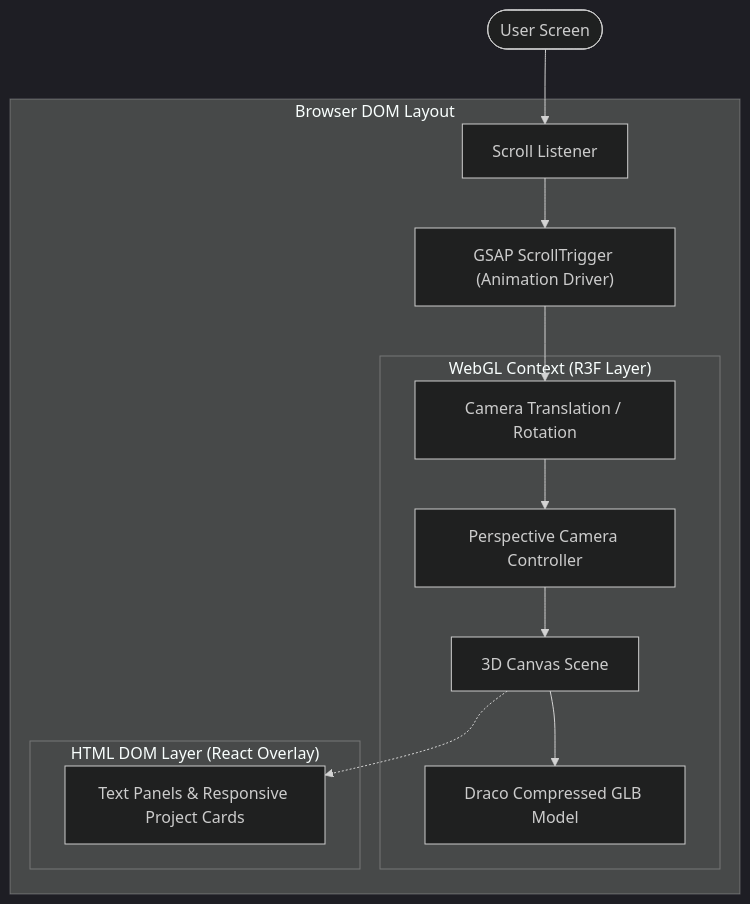
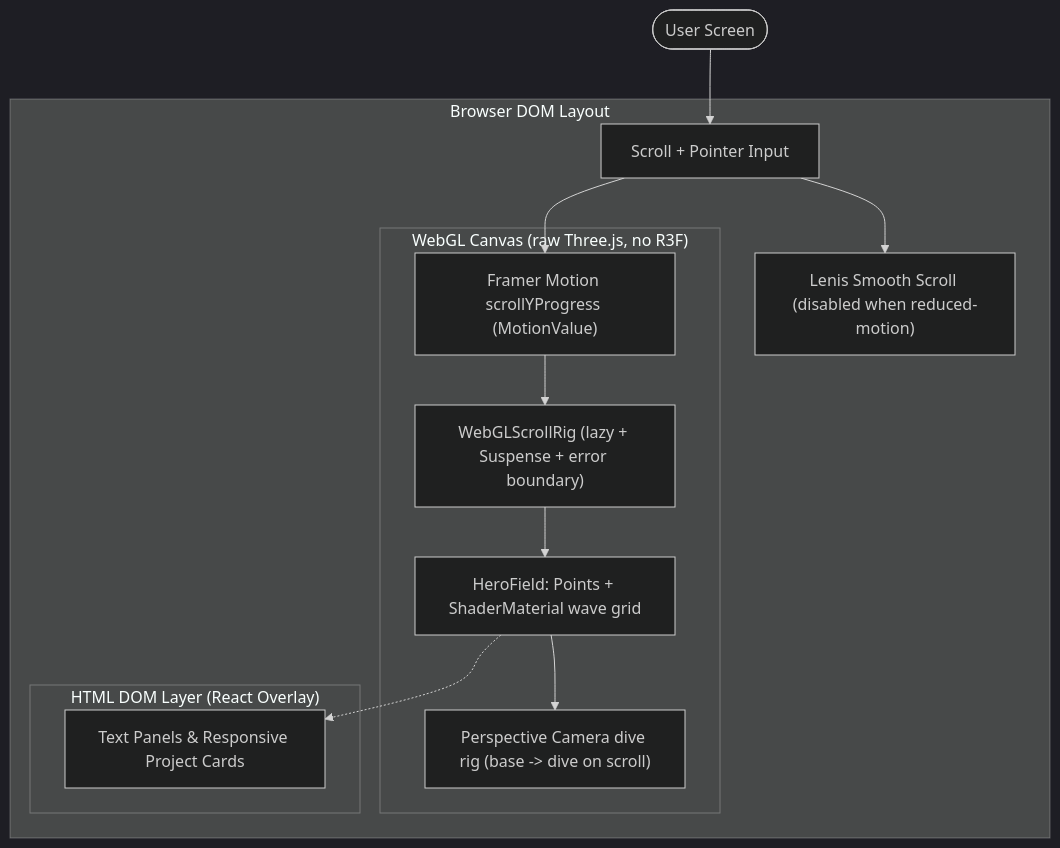
One commit to vijaybarhate/portfolio changed the diagram in README.md. Above: the diagram before and after it, drawn with Mermaid (dark theme). The commit also changed other lines of this file, not shown here.

Commit message:
docs: sync README with source of truth (package.json, HeroField, deploy workflow)

````diff
--- a/README.md
+++ b/README.md
@@ -43,19 +47,19 @@
 ```mermaid
 graph TD
-    User([User Screen]) --> Scroll[Scroll Listener]
-    
+    User([User Screen]) --> Scroll[Scroll + Pointer Input]
+
     subgraph dom["Browser DOM Layout"]
-        Scroll --> GSAP["GSAP ScrollTrigger (Animation Driver)"]
-        GSAP --> CanvasTransform["Camera Translation / Rotation"]
-        
-        subgraph webgl["WebGL Context (R3F Layer)"]
-            CanvasTransform --> Camera["Perspective Camera Controller"]
-            Camera --> Scene["3D Canvas Scene"]
-            Scene --> Avatar["Draco Compressed GLB Model"]
+        Scroll --> Lenis["Lenis Smooth Scroll (disabled when reduced-motion)"]
+        Scroll --> FM["Framer Motion scrollYProgress (MotionValue)"]
+
+        subgraph webgl["WebGL Canvas (raw Three.js, no R3F)"]
+            FM --> Rig["WebGLScrollRig (lazy + Suspense + error boundary)"]
+            Rig --> Field["HeroField: Points + ShaderMaterial wave grid"]
+            Field --> Camera["Perspective Camera dive rig (base -> dive on scroll)"]
         end
-        
+
         subgraph html["HTML DOM Layer (React Overlay)"]
-            Scene -.-> Overlay["Text Panels & Responsive Project Cards"]
+            Field -.-> Overlay["Text Panels & Responsive Project Cards"]
         end
     end
 ```
````
